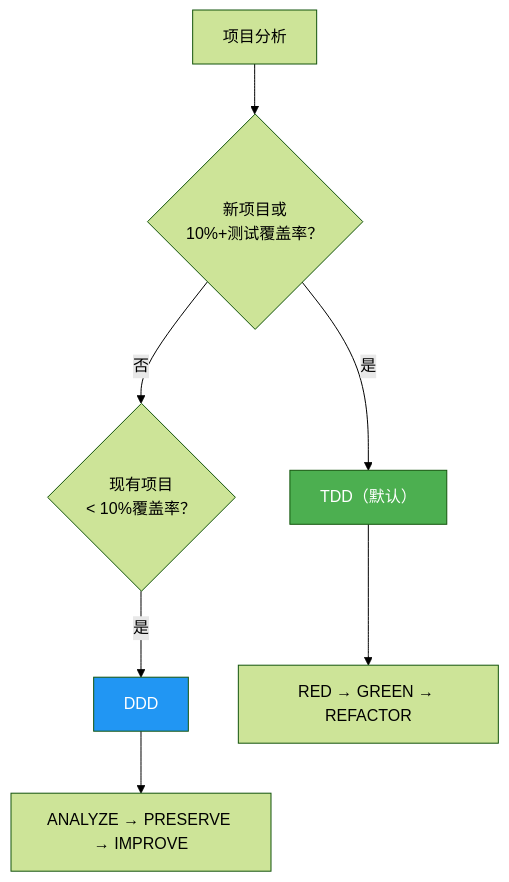
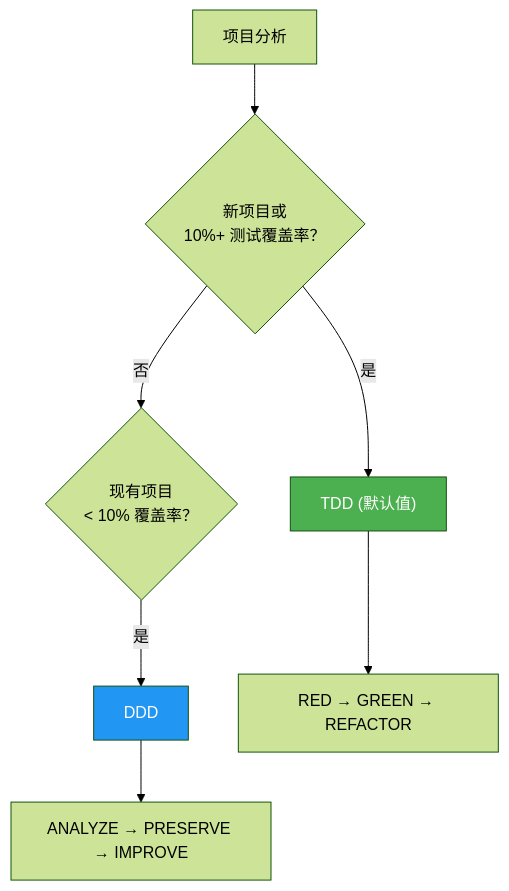
One commit to modu-ai/moai-adk changed the second of 5 diagrams in docs-site/content/zh/core-concepts/what-is-moai-adk.md. Above: the diagram before and after it, drawn with Mermaid (forest theme). The commit also changed other lines of this file and 395 other files, not shown here.

````diff
--- a/docs-site/content/zh/core-concepts/what-is-moai-adk.md
+++ b/docs-site/content/zh/core-concepts/what-is-moai-adk.md
@@ -165,12 +195,12 @@
 ```mermaid
 flowchart TD
-    A["项目分析"] --> B{"新项目或\n10%+测试覆盖率？"}
-    B -->|"是"| C["TDD（默认）"]
-    B -->|"否"| D{"现有项目\n< 10%覆盖率？"}
+    A["项目分析"] --> B{"新项目或\n10%+ 测试覆盖率？"}
+    B -->|"是"| C["TDD (默认值)"]
+    B -->|"否"| D{"现有项目\n< 10% 覆盖率？"}
     D -->|"是"| E["DDD"]
     C --> F["RED → GREEN → REFACTOR"]
     E --> G["ANALYZE → PRESERVE → IMPROVE"]
 
     style C fill:#4CAF50,color:#fff
     style E fill:#2196F3,color:#fff
 ```
````
